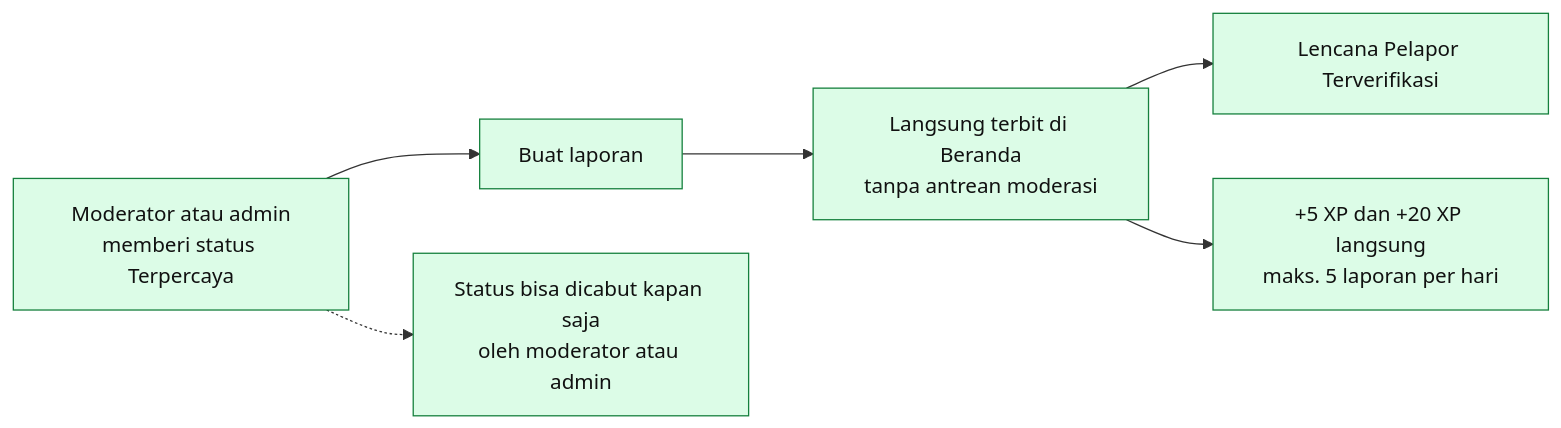
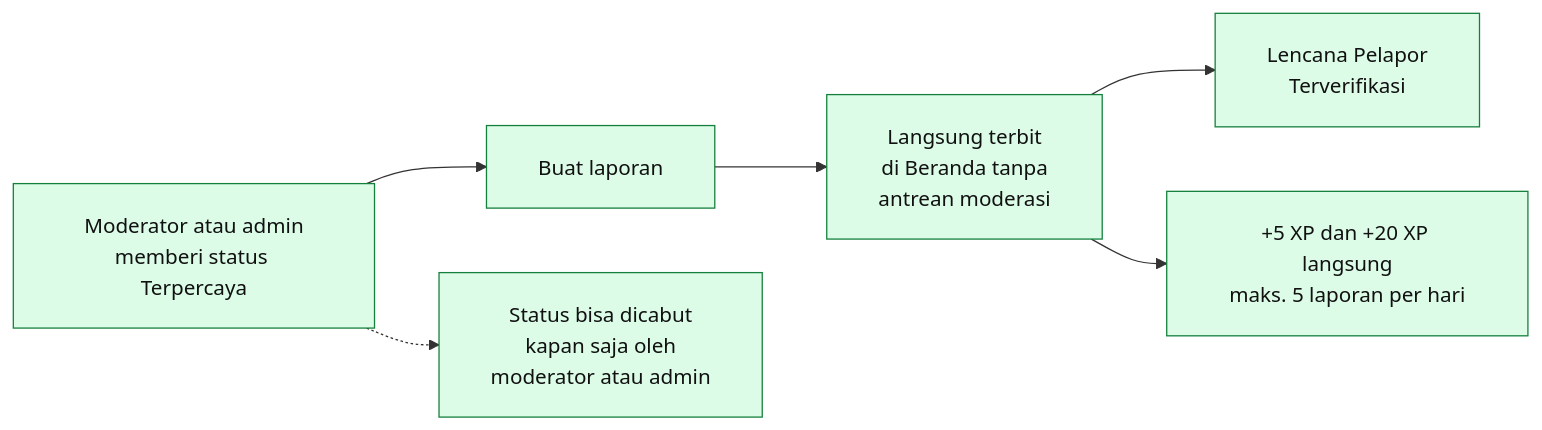
One commit to ZaidAlHibb/ITIHIX changed the ninth of 12 diagrams in README.md. Above: the diagram before and after it, drawn with Mermaid. The commit also changed other lines of this file, not shown here.

````diff
--- a/README.md
+++ b/README.md
@@ -387,10 +470,11 @@
 ```mermaid
+%%{init: {"flowchart": {"htmlLabels": false, "padding": 20}, "themeVariables": {"fontFamily": "Arial, Helvetica, sans-serif"}}}%%
 flowchart LR
     A[Moderator atau admin<br/>memberi status Terpercaya] --> B[Buat laporan]
-    B --> C[Langsung terbit di Beranda<br/>tanpa antrean moderasi]
-    C --> D[Lencana Pelapor Terverifikasi]
+    B --> C[Langsung terbit<br/>di Beranda tanpa<br/>antrean moderasi]
+    C --> D[Lencana Pelapor<br/>Terverifikasi]
     C --> E[+5 XP dan +20 XP langsung<br/>maks. 5 laporan per hari]
-    A -.-> F[Status bisa dicabut kapan saja<br/>oleh moderator atau admin]
+    A -.-> F[Status bisa dicabut<br/>kapan saja oleh<br/>moderator atau admin]
     classDef trusted fill:#dcfce7,stroke:#15803d,color:#111111
     class A,B,C,D,E,F trusted
 ```
````
